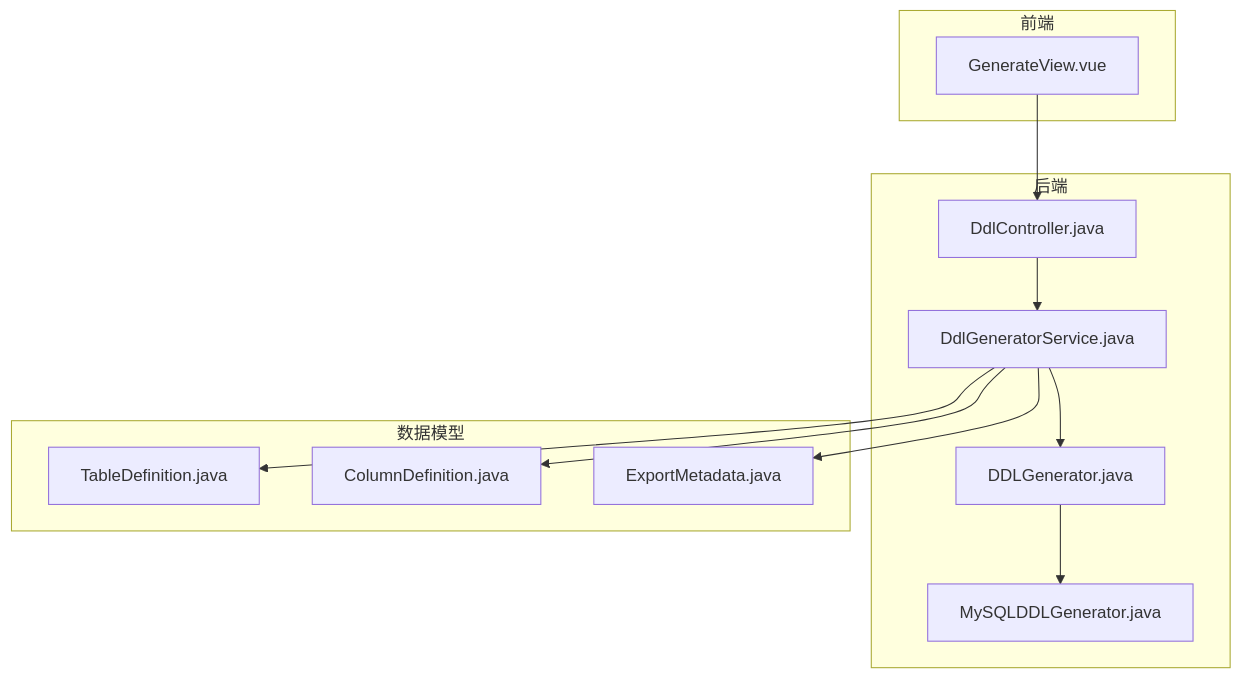
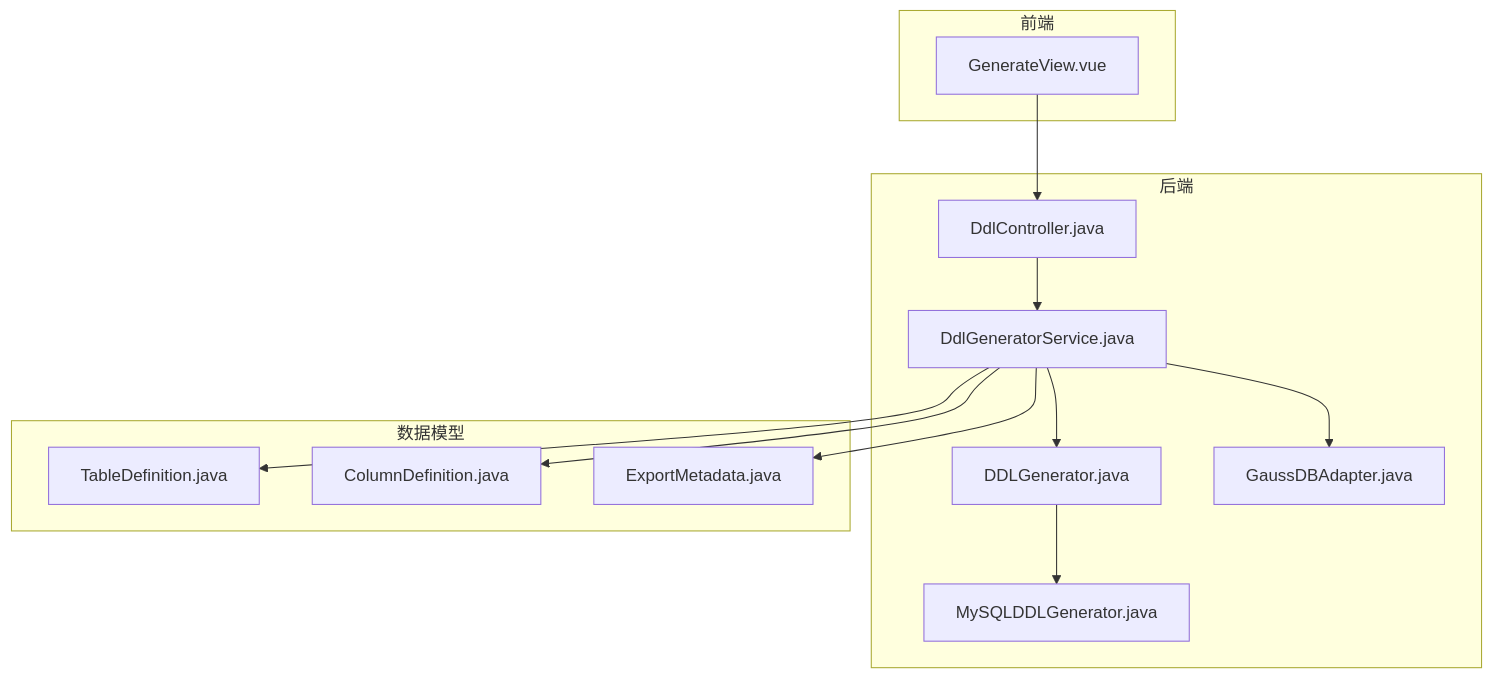
Before and after one commit to SamLing-Why/SchemaSync: the first of 6 diagrams in .qoder/repowiki/zh/content/前端架构/页面组件详解/GenerateView DDL生成页面.md, drawn with Mermaid. The commit also changed other lines of this file and 32 other files, not shown here.

````diff
--- a/.qoder/repowiki/zh/content/前端架构/页面组件详解/GenerateView DDL生成页面.md
+++ b/.qoder/repowiki/zh/content/前端架构/页面组件详解/GenerateView DDL生成页面.md
@@ -47,24 +55,26 @@
 ```mermaid
 graph TB
 subgraph "前端"
 GV["GenerateView.vue"]
 end
 subgraph "后端"
 DC["DdlController.java"]
 DGS["DdlGeneratorService.java"]
 DG["DDLGenerator.java"]
 MDG["MySQLDDLGenerator.java"]
+GA["GaussDBAdapter.java"]
 end
 subgraph "数据模型"
 TD["TableDefinition.java"]
 CD["ColumnDefinition.java"]
 EM["ExportMetadata.java"]
 end
 GV --> DC
 DC --> DGS
 DGS --> TD
 DGS --> CD
 DGS --> EM
 DGS --> DG
 DG --> MDG
+DGS --> GA
 ```
````
